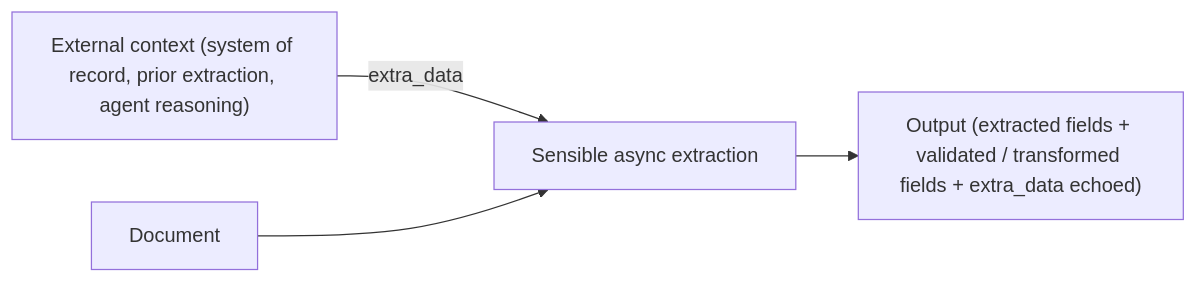
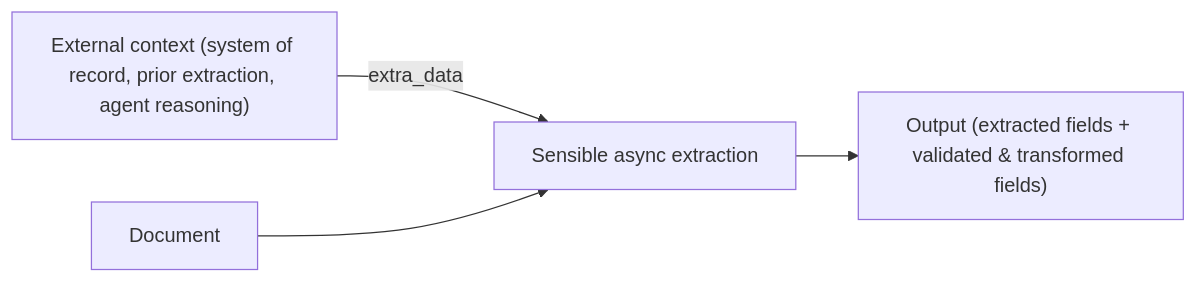
One commit to sensible-hq/sensible-docs changed the diagram in docs/Senseml reference/advanced-computed-field-methods/extra-data.md. Above: the diagram before and after it, drawn with Mermaid.

Commit message:
Update doc `extra-data`

````diff
--- a/docs/Senseml reference/advanced-computed-field-methods/extra-data.md
+++ b/docs/Senseml reference/advanced-computed-field-methods/extra-data.md
@@ -13,6 +13,6 @@
 ```mermaid
 flowchart LR
     A["External context (system of record, prior extraction, agent reasoning)"] -->|"extra_data"| C["Sensible async extraction"]
     B["Document"] --> C
-    C --> D["Output (extracted fields + validated / transformed fields + extra_data echoed)"]
+    C --> D["Output (extracted fields + validated & transformed fields)"]
 ```
````
